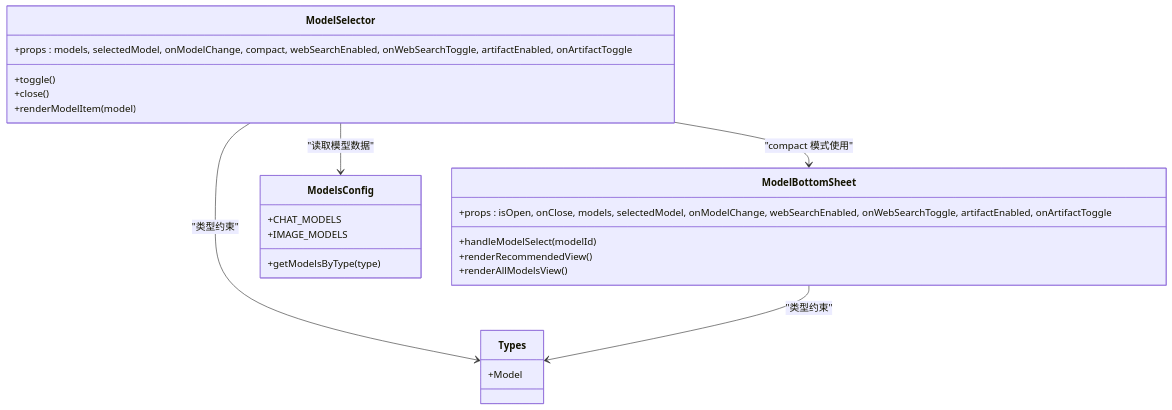
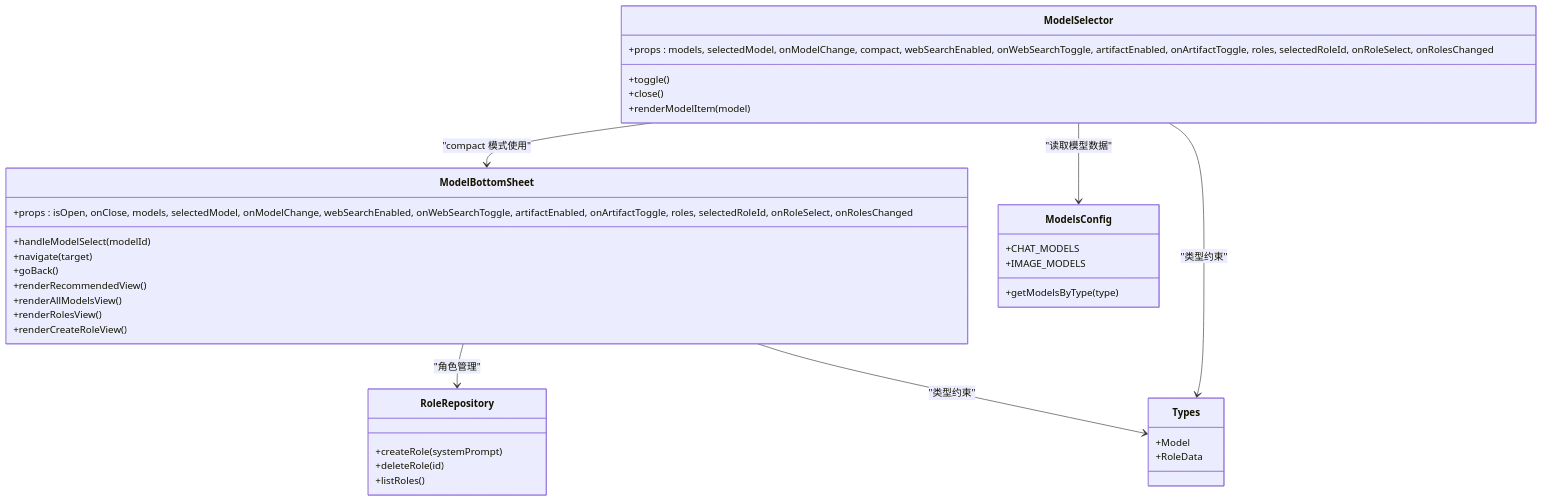
The third of 3 diagrams in .qoder/repowiki/zh/content/核心组件/模型选择器 ModelSelector.md (billye220670/AIShop), drawn with Mermaid before and after one commit. The commit also changed other lines of this file and 32 other files, not shown here.

````diff
--- a/.qoder/repowiki/zh/content/核心组件/模型选择器 ModelSelector.md
+++ b/.qoder/repowiki/zh/content/核心组件/模型选择器 ModelSelector.md
@@ -221,27 +303,38 @@
 ```mermaid
 classDiagram
 class ModelSelector {
-+props : models, selectedModel, onModelChange, compact, webSearchEnabled, onWebSearchToggle, artifactEnabled, onArtifactToggle
++props : models, selectedModel, onModelChange, compact, webSearchEnabled, onWebSearchToggle, artifactEnabled, onArtifactToggle, roles, selectedRoleId, onRoleSelect, onRolesChanged
 +toggle()
 +close()
 +renderModelItem(model)
 }
 class ModelBottomSheet {
-+props : isOpen, onClose, models, selectedModel, onModelChange, webSearchEnabled, onWebSearchToggle, artifactEnabled, onArtifactToggle
++props : isOpen, onClose, models, selectedModel, onModelChange, webSearchEnabled, onWebSearchToggle, artifactEnabled, onArtifactToggle, roles, selectedRoleId, onRoleSelect, onRolesChanged
 +handleModelSelect(modelId)
++navigate(target)
++goBack()
 +renderRecommendedView()
 +renderAllModelsView()
++renderRolesView()
++renderCreateRoleView()
+}
+class RoleRepository {
++createRole(systemPrompt)
++deleteRole(id)
++listRoles()
 }
 class ModelsConfig {
 +CHAT_MODELS
 +IMAGE_MODELS
 +getModelsByType(type)
 }
 class Types {
 +Model
++RoleData
 }
 ModelSelector --> ModelBottomSheet : "compact 模式使用"
+ModelBottomSheet --> RoleRepository : "角色管理"
 ModelSelector --> ModelsConfig : "读取模型数据"
 ModelSelector --> Types : "类型约束"
 ModelBottomSheet --> Types : "类型约束"
 ```
````
